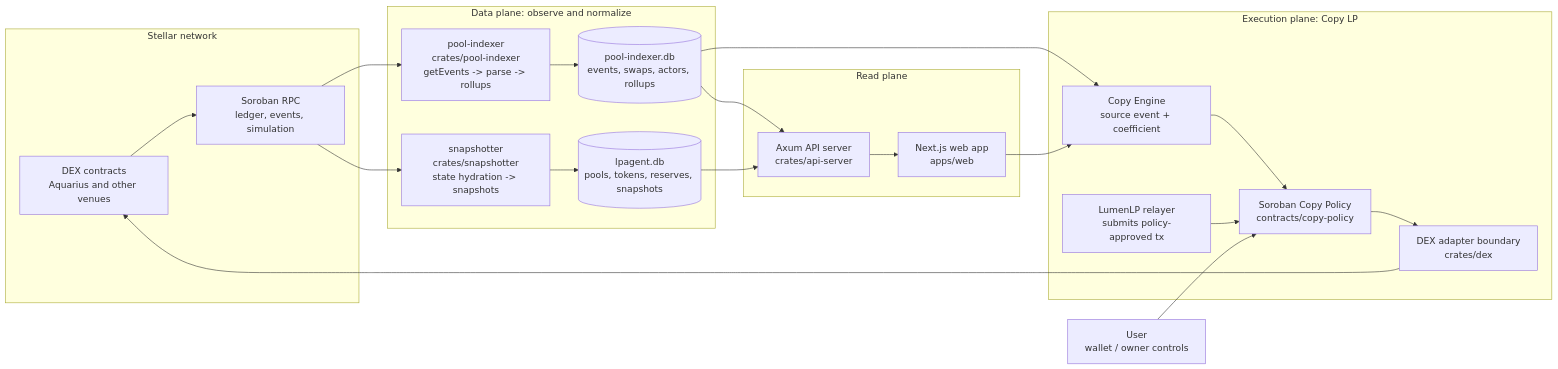
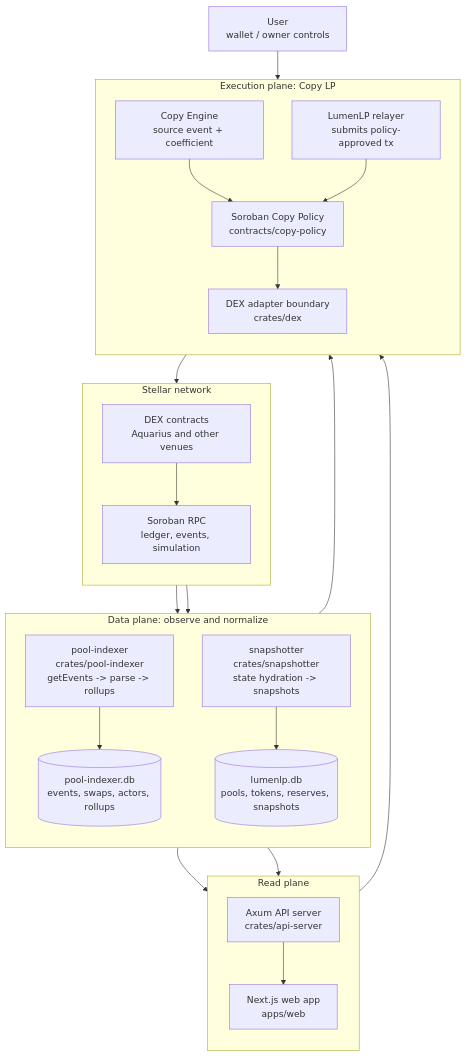
Before and after one commit to LumenLP/lumenlp: the first of 4 diagrams in docs/architecture.md, drawn with Mermaid. The commit also changed other lines of this file, not shown here.

Commit message:
chore(docs): architecture

````diff
--- a/docs/architecture.md
+++ b/docs/architecture.md
@@ -37,42 +59,46 @@
 ```mermaid
-flowchart LR
+flowchart TB
     subgraph Stellar[Stellar network]
+        direction TB
         Contracts[DEX contracts\nAquarius and other venues]
         RPC[Soroban RPC\nledger, events, simulation]
         Contracts --> RPC
     end
 
     subgraph DataPlane[Data plane: observe and normalize]
+        direction TB
         Indexer[pool-indexer\ncrates/pool-indexer\ngetEvents -> parse -> rollups]
         Snapshotter[snapshotter\ncrates/snapshotter\nstate hydration -> snapshots]
         EventDB[(pool-indexer.db\nevents, swaps, actors, rollups)]
-        PoolDB[(lpagent.db\npools, tokens, reserves, snapshots)]
+        PoolDB[(lumenlp.db\npools, tokens, reserves, snapshots)]
         RPC --> Indexer
         RPC --> Snapshotter
         Indexer --> EventDB
         Snapshotter --> PoolDB
     end
 
     subgraph ReadPlane[Read plane]
+        direction TB
         API[Axum API server\ncrates/api-server]
         Web[Next.js web app\napps/web]
         EventDB --> API
         PoolDB --> API
         API --> Web
     end
 
     subgraph ExecutionPlane[Execution plane: Copy LP]
+        direction TB
         Engine[Copy Engine\nsource event + coefficient]
         Policy[Soroban Copy Policy\ncontracts/copy-policy]
         Relayer[LumenLP relayer\nsubmits policy-approved tx]
         Adapter[DEX adapter boundary\ncrates/dex]
         Engine --> Policy
         Relayer --> Policy
         Policy --> Adapter
         Adapter --> Contracts
     end
 
     EventDB --> Engine
     Web --> Engine
     User[User\nwallet / owner controls] --> Policy
 ```
````
